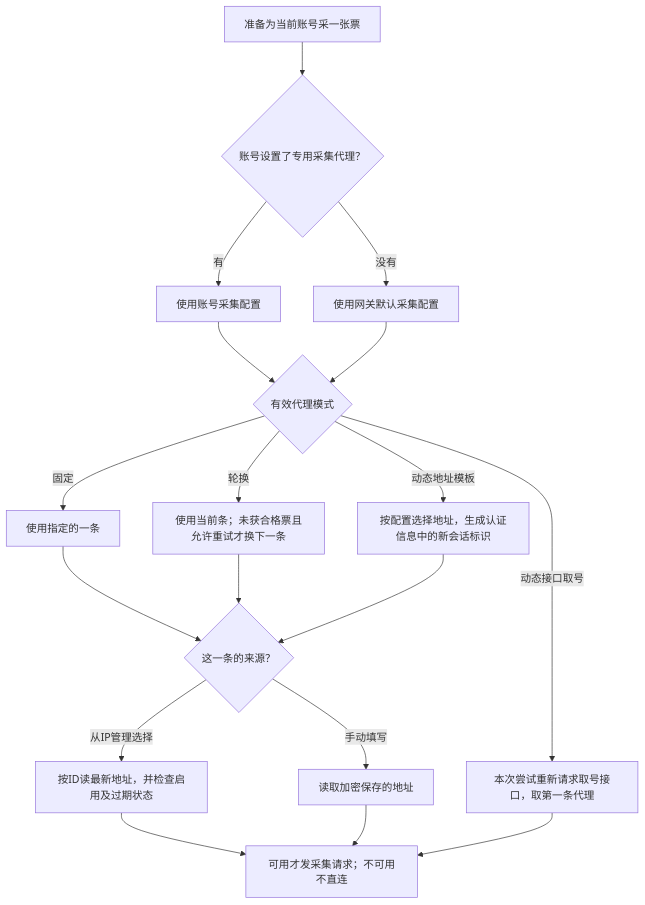
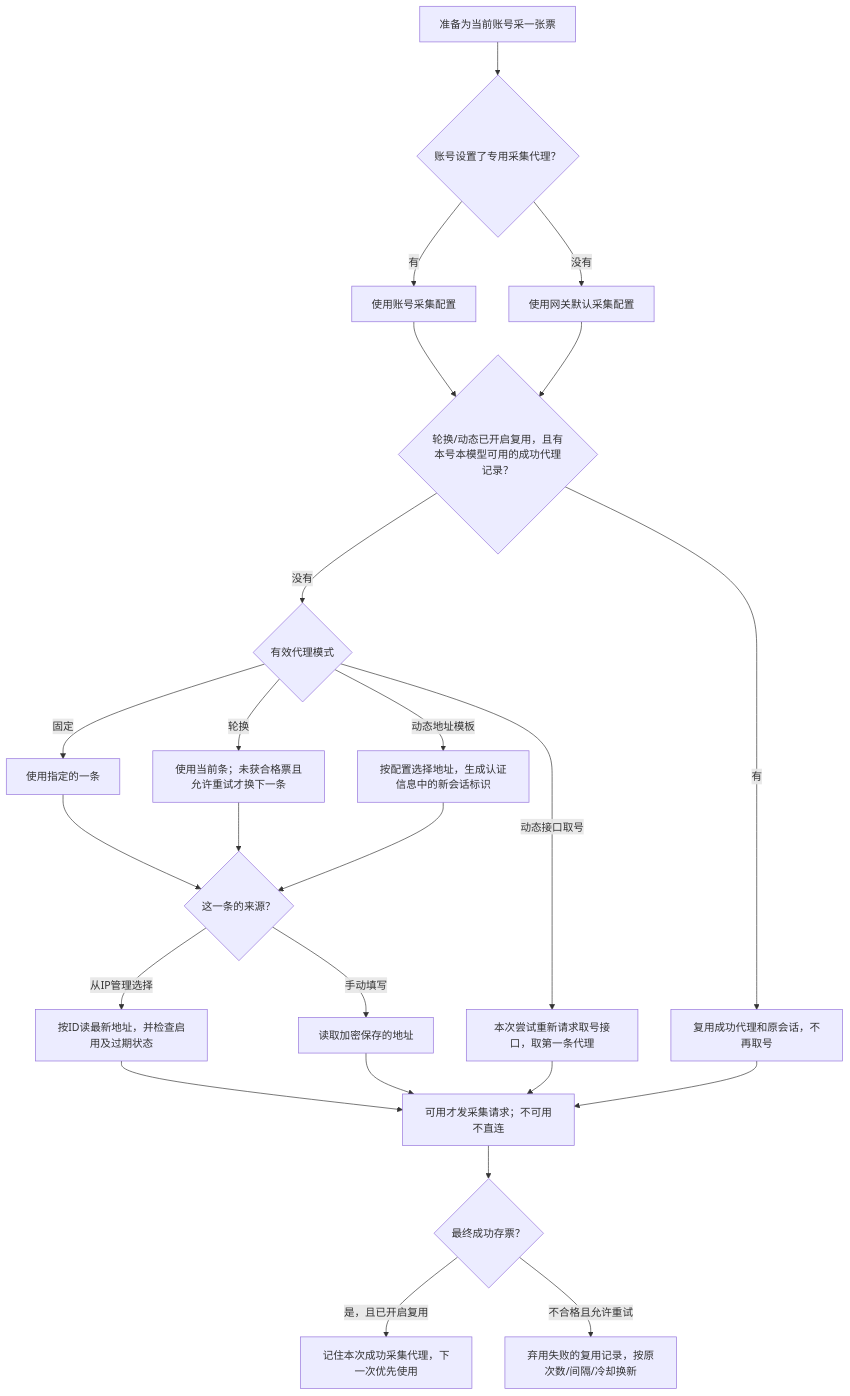
The fifth of 13 diagrams in docs/operations/codex_pool_operator_guide.md (SourceOnece/Token-byteseek), drawn with Mermaid before and after one commit. The commit also changed other lines of this file and 27 other files, not shown here.

````diff
--- a/docs/operations/codex_pool_operator_guide.md
+++ b/docs/operations/codex_pool_operator_guide.md
@@ -431,20 +431,26 @@
 ```mermaid
 flowchart TD
     A["准备为当前账号采一张票"] --> B{"账号设置了专用采集代理？"}
     B -->|"有"| C["使用账号采集配置"]
     B -->|"没有"| D["使用网关默认采集配置"]
-    C --> E{"有效代理模式"}
-    D --> E
+    C --> R{"轮换/动态已开启复用，且有本号本模型可用的成功代理记录？"}
+    D --> R
+    R -->|"有"| S["复用成功代理和原会话，不再取号"]
+    R -->|"没有"| E{"有效代理模式"}
     E -->|"固定"| F["使用指定的一条"]
     E -->|"轮换"| G["使用当前条；未获合格票且允许重试才换下一条"]
     E -->|"动态地址模板"| H["按配置选择地址，生成认证信息中的新会话标识"]
     E -->|"动态接口取号"| I["本次尝试重新请求取号接口，取第一条代理"]
     F --> J{"这一条的来源？"}
     G --> J
     H --> J
     J -->|"从IP管理选择"| K["按ID读最新地址，并检查启用及过期状态"]
     J -->|"手动填写"| L["读取加密保存的地址"]
     K --> M["可用才发采集请求；不可用不直连"]
     L --> M
     I --> M
+    S --> M
+    M --> N{"最终成功存票？"}
+    N -->|"是，且已开启复用"| O["记住本次成功采集代理，下一次优先使用"]
+    N -->|"不合格且允许重试"| P["弃用失败的复用记录，按原次数/间隔/冷却换新"]
 ```
````
